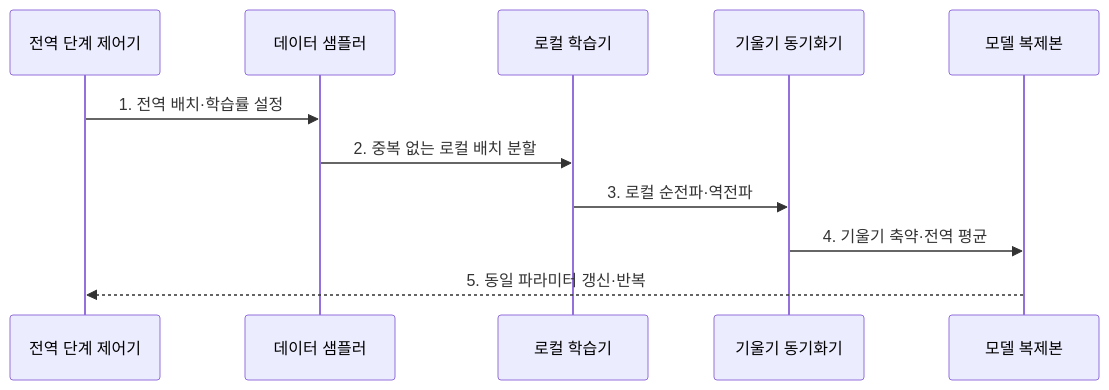
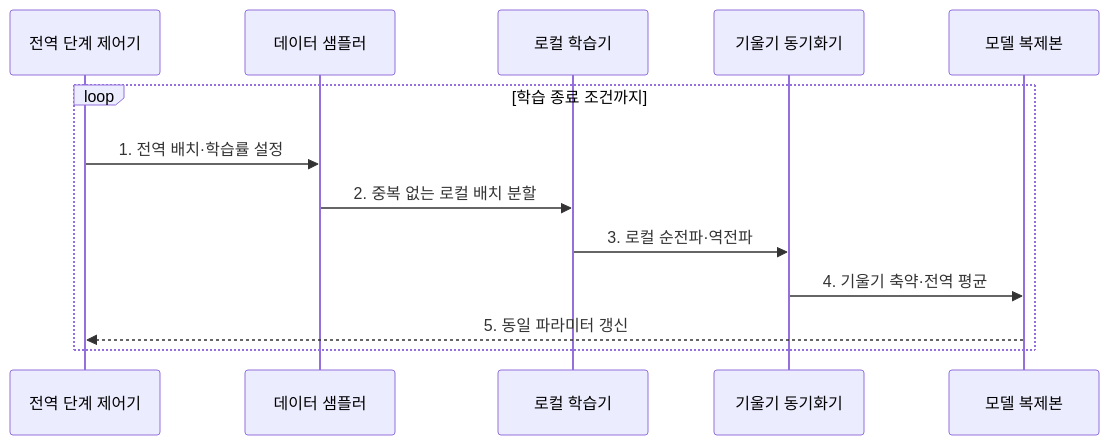
Before and after one commit to agnusdei1207/knowledge-base: the second of 2 diagrams in src/content/docs/notes/08-latest-tech/154_data_parallelism.md, drawn with Mermaid. The commit also changed other lines of this file and 225 other files, not shown here.

````diff
--- a/src/content/docs/notes/08-latest-tech/154_data_parallelism.md
+++ b/src/content/docs/notes/08-latest-tech/154_data_parallelism.md
@@ -80,13 +80,15 @@
 ```mermaid
 sequenceDiagram
     participant C as 전역 단계 제어기
     participant S as 데이터 샘플러
     participant L as 로컬 학습기
     participant G as 기울기 동기화기
     participant M as 모델 복제본
-    C->>S: 1. 전역 배치·학습률 설정
-    S->>L: 2. 중복 없는 로컬 배치 분할
-    L->>G: 3. 로컬 순전파·역전파
-    G->>M: 4. 기울기 축약·전역 평균
-    M-->>C: 5. 동일 파라미터 갱신·반복
+    loop 학습 종료 조건까지
+        C->>S: 1. 전역 배치·학습률 설정
+        S->>L: 2. 중복 없는 로컬 배치 분할
+        L->>G: 3. 로컬 순전파·역전파
+        G->>M: 4. 기울기 축약·전역 평균
+        M-->>C: 5. 동일 파라미터 갱신
+    end
 ```
````
